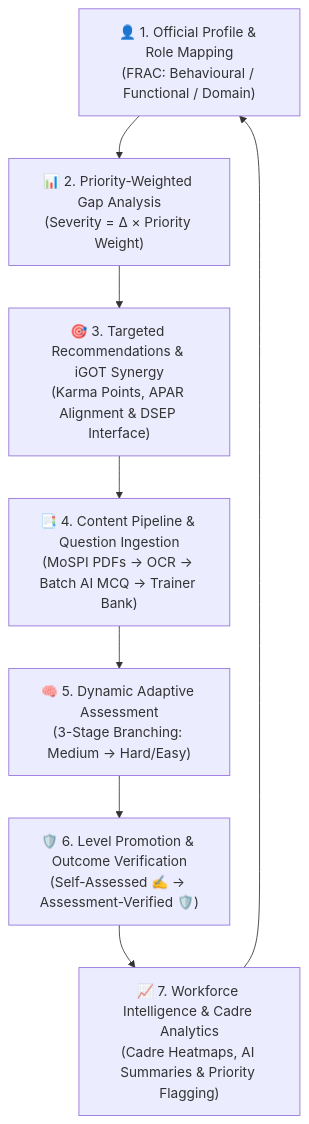
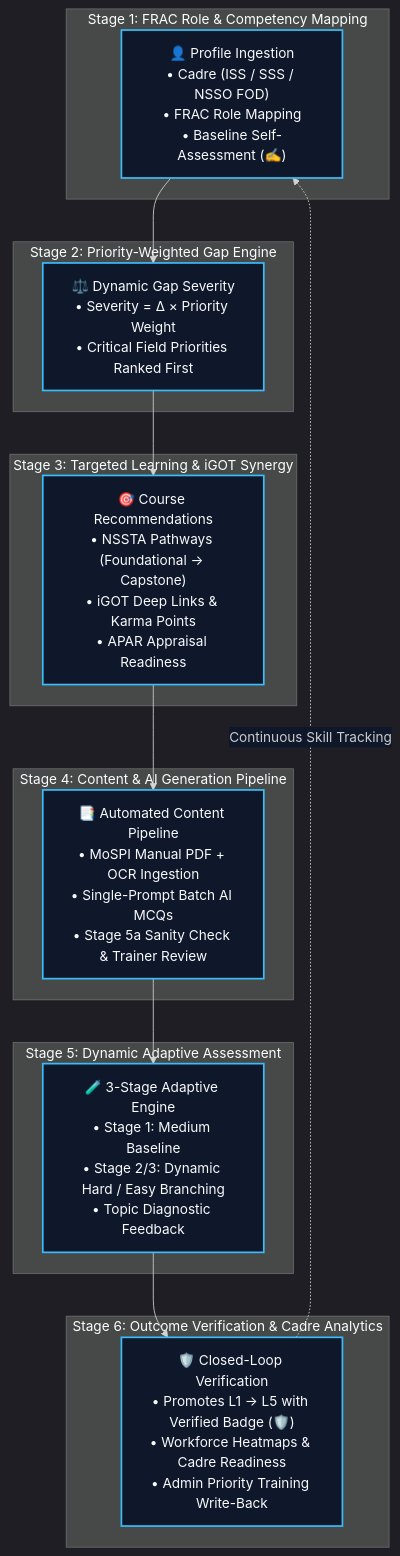
Before and after one commit to StudyApp-Project/SiH: the first of 7 diagrams in README.md, drawn with Mermaid. The commit also changed other lines of this file and 1 other file, not shown here.

Commit message:
docs: update README documentation with system architecture, FRAC mapping

````diff
--- a/README.md
+++ b/README.md
@@ -38,10 +31,37 @@
 ```mermaid
-graph TD
-    A["👤 1. Official Profile & Role Mapping<br/>(FRAC: Behavioural / Functional / Domain)"] --> B["📊 2. Priority-Weighted Gap Analysis<br/>(Severity = Δ × Priority Weight)"]
-    B --> C["🎯 3. Targeted Recommendations & iGOT Synergy<br/>(Karma Points, APAR Alignment & DSEP Interface)"]
-    C --> D["📑 4. Content Pipeline & Question Ingestion<br/>(MoSPI PDFs → OCR → Batch AI MCQ → Trainer Bank)"]
-    D --> E["🧠 5. Dynamic Adaptive Assessment<br/>(3-Stage Branching: Medium → Hard/Easy)"]
-    E --> F["🛡️ 6. Level Promotion & Outcome Verification<br/>(Self-Assessed ✍️ → Assessment-Verified 🛡️)"]
-    F --> G["📈 7. Workforce Intelligence & Cadre Analytics<br/>(Cadre Heatmaps, AI Summaries & Priority Flagging)"]
-    G --> A
+%%{init: {'theme': 'dark', 'themeVariables': {'primaryColor': '#0284c7', 'edgeLabelBackground':'#0f172a'}}}%%
+flowchart TD
+    subgraph S1["Stage 1: FRAC Role & Competency Mapping"]
+        A["👤 Profile Ingestion<br/>• Cadre (ISS / SSS / NSSO FOD)<br/>• FRAC Role Mapping<br/>• Baseline Self-Assessment (✍️)"]
+    end
+
+    subgraph S2["Stage 2: Priority-Weighted Gap Engine"]
+        B["⚖️ Dynamic Gap Severity<br/>• Severity = Δ × Priority Weight<br/>• Critical Field Priorities Ranked First"]
+    end
+
+    subgraph S3["Stage 3: Targeted Learning & iGOT Synergy"]
+        C["🎯 Course Recommendations<br/>• NSSTA Pathways (Foundational → Capstone)<br/>• iGOT Deep Links & Karma Points<br/>• APAR Appraisal Readiness"]
+    end
+
+    subgraph S4["Stage 4: Content & AI Generation Pipeline"]
+        D["📑 Automated Content Pipeline<br/>• MoSPI Manual PDF + OCR Ingestion<br/>• Single-Prompt Batch AI MCQs<br/>• Stage 5a Sanity Check & Trainer Review"]
+    end
+
+    subgraph S5["Stage 5: Dynamic Adaptive Assessment"]
+        E["🧪 3-Stage Adaptive Engine<br/>• Stage 1: Medium Baseline<br/>• Stage 2/3: Dynamic Hard / Easy Branching<br/>• Topic Diagnostic Feedback"]
+    end
+
+    subgraph S6["Stage 6: Outcome Verification & Cadre Analytics"]
+        F["🛡️ Closed-Loop Verification<br/>• Promotes L1 → L5 with Verified Badge (🛡️)<br/>• Workforce Heatmaps & Cadre Readiness<br/>• Admin Priority Training Write-Back"]
+    end
+
+    A --> B
+    B --> C
+    C --> D
+    D --> E
+    E --> F
+    F -.->|"Continuous Skill Tracking"| A
+
+    classDef stageNode fill:#0f172a,stroke:#38bdf8,stroke-width:2px,color:#f8fafc;
+    class A,B,C,D,E,F stageNode;
 ```
````
